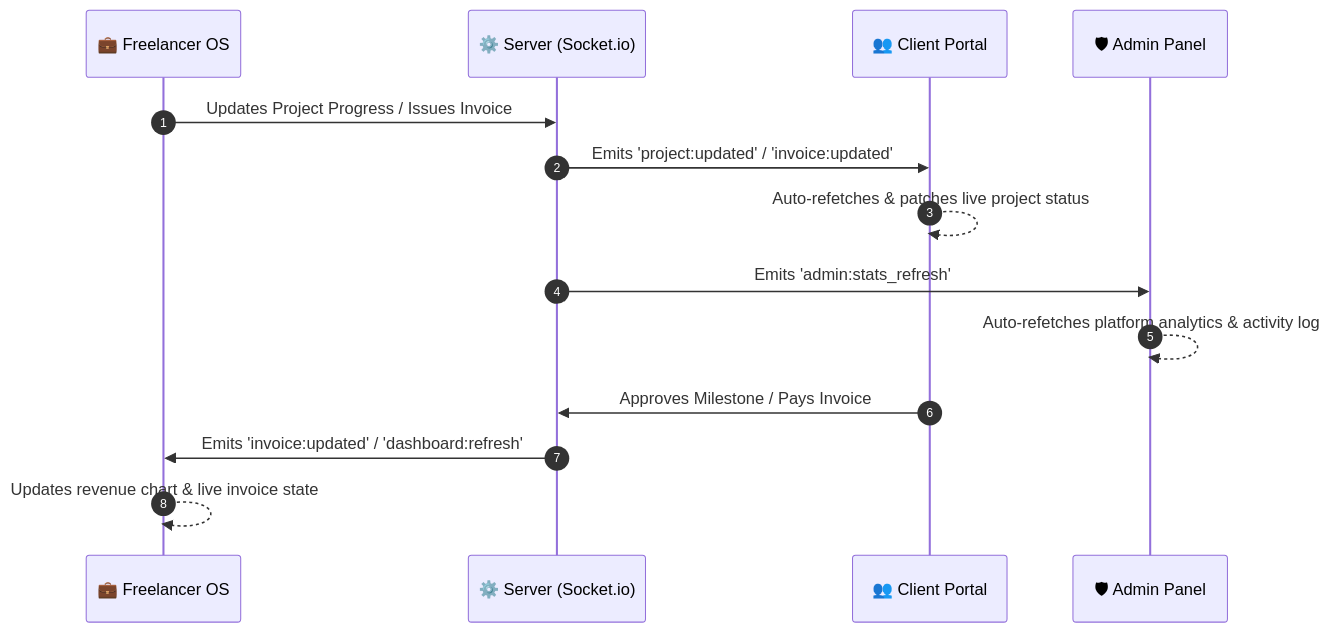
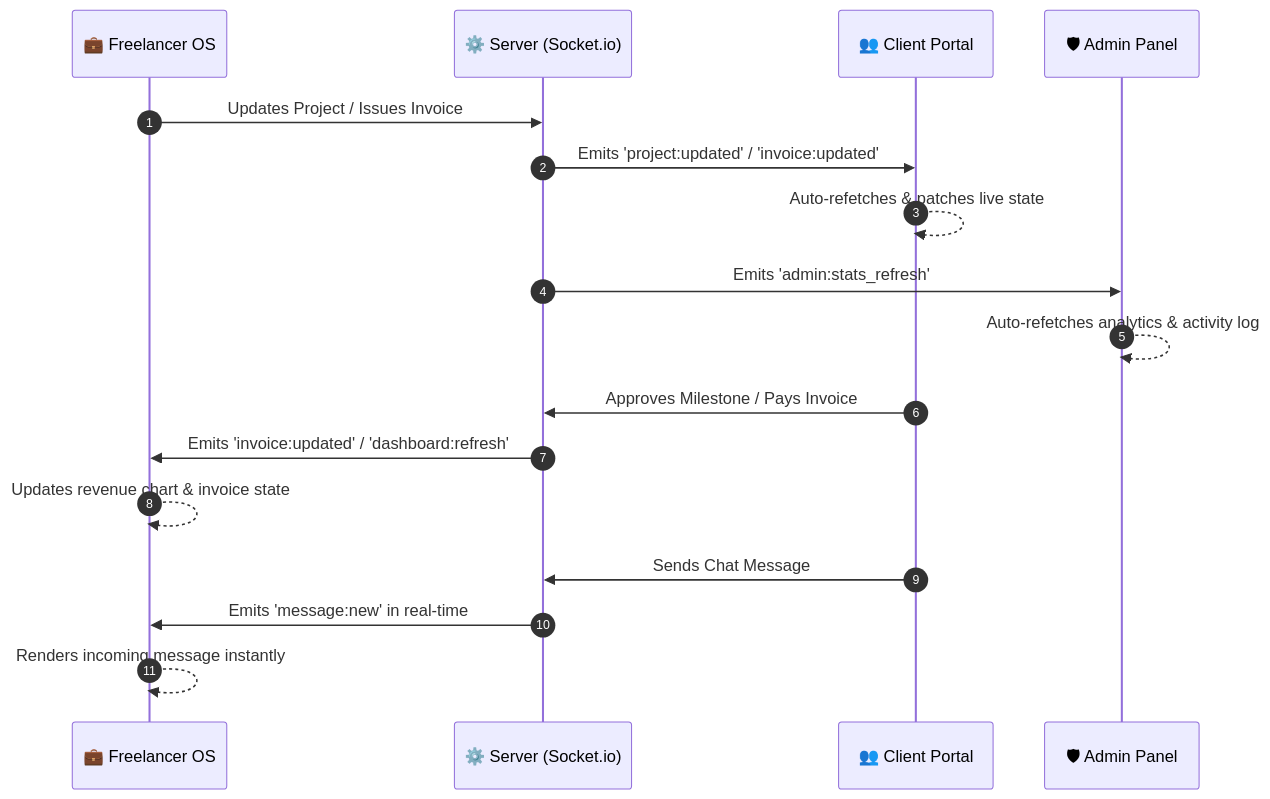
Before and after one commit to Aaryan-9784/Skillora: the third of 3 diagrams in README.md, drawn with Mermaid. The commit also changed other lines of this file and 1 other file, not shown here.

Commit message:
docs: update README with expanded feature list and architecture overview while refining gitignore rules

````diff
--- a/README.md
+++ b/README.md
@@ -134,17 +191,22 @@
 ```mermaid
 sequenceDiagram
     autonumber
-    participant Freelancer as 💼 Freelancer OS
-    participant Server as ⚙️ Server (Socket.io)
-    participant Client as 👥 Client Portal
-    participant Admin as 🛡 Admin Panel
+    participant F as 💼 Freelancer OS
+    participant S as ⚙️ Server (Socket.io)
+    participant C as 👥 Client Portal
+    participant A as 🛡 Admin Panel
 
-    Freelancer->>Server: Updates Project Progress / Issues Invoice
-    Server->>Client: Emits 'project:updated' / 'invoice:updated'
-    Client-->>Client: Auto-refetches & patches live project status
-    Server->>Admin: Emits 'admin:stats_refresh'
-    Admin-->>Admin: Auto-refetches platform analytics & activity log
-    Client->>Server: Approves Milestone / Pays Invoice
-    Server->>Freelancer: Emits 'invoice:updated' / 'dashboard:refresh'
-    Freelancer-->>Freelancer: Updates revenue chart & live invoice state
+    F->>S: Updates Project / Issues Invoice
+    S->>C: Emits 'project:updated' / 'invoice:updated'
+    C-->>C: Auto-refetches & patches live state
+    S->>A: Emits 'admin:stats_refresh'
+    A-->>A: Auto-refetches analytics & activity log
+
+    C->>S: Approves Milestone / Pays Invoice
+    S->>F: Emits 'invoice:updated' / 'dashboard:refresh'
+    F-->>F: Updates revenue chart & invoice state
+
+    C->>S: Sends Chat Message
+    S->>F: Emits 'message:new' in real-time
+    F-->>F: Renders incoming message instantly
 ```
````
